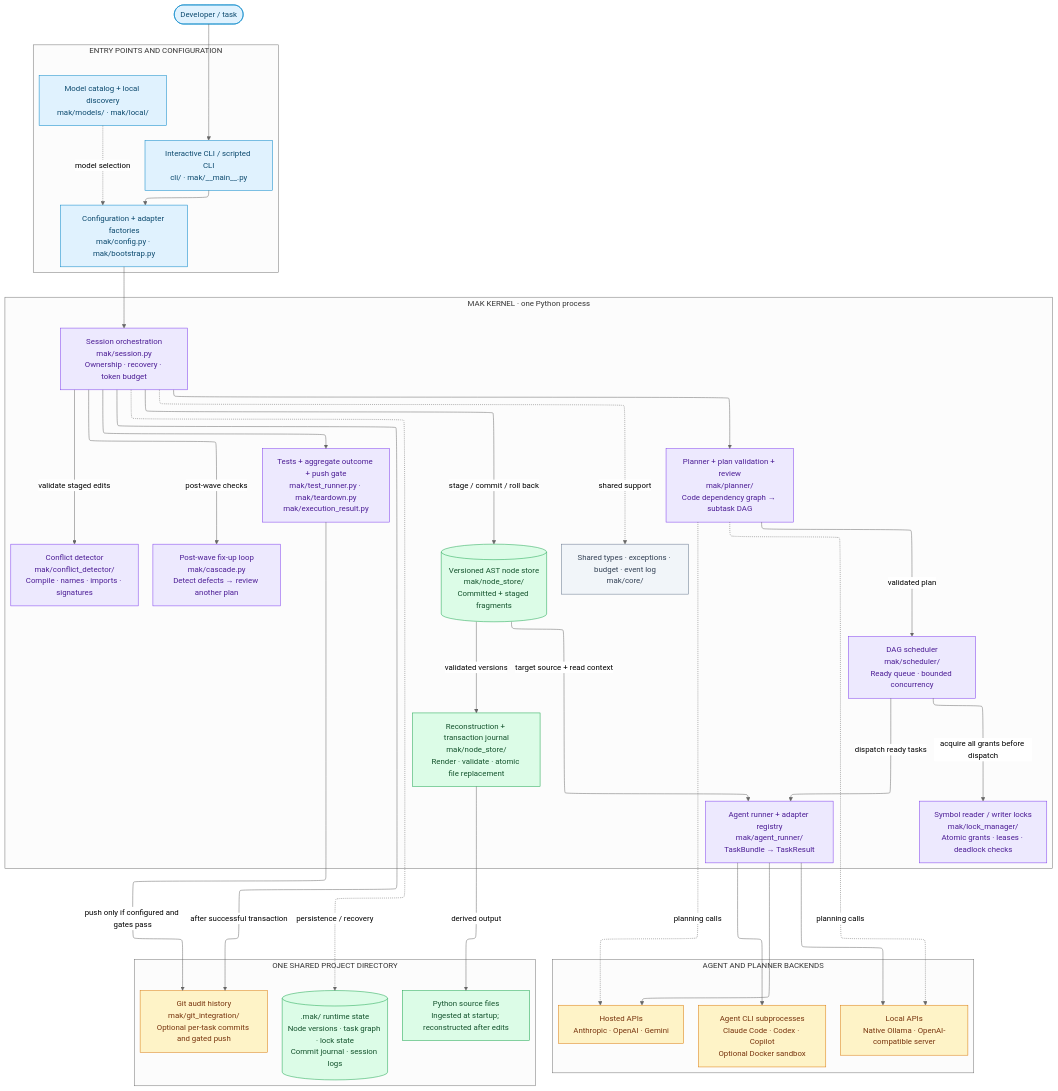
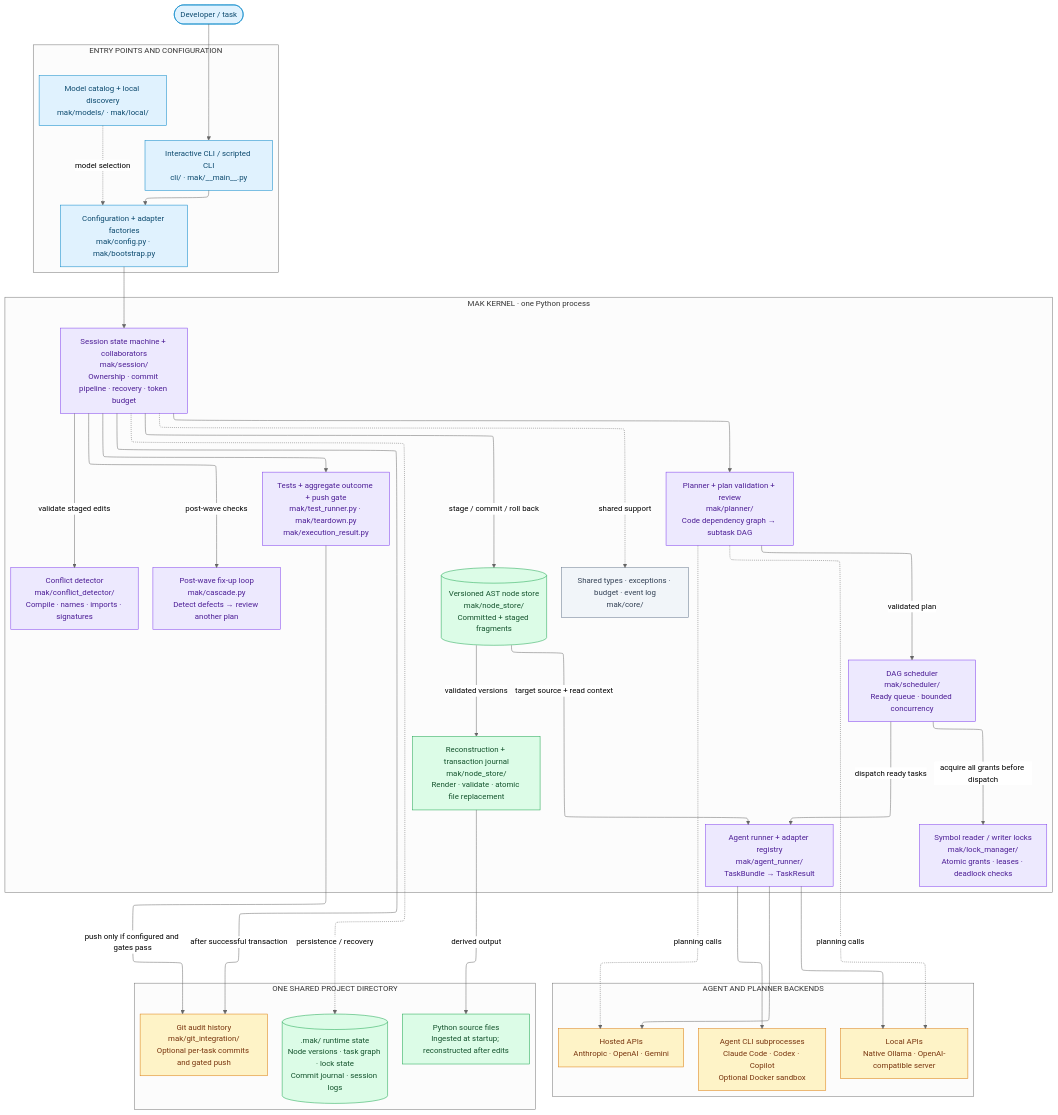
Before and after one commit to chaseungjoon/multi-agent-kernel: the diagram in diagram/architecture.mmd, drawn with Mermaid (neutral theme). The commit also changed 154 other files, not shown here.

```diff
--- a/diagram/architecture.mmd
+++ b/diagram/architecture.mmd
@@ -1,74 +1,74 @@
 ---
 config:
   layout: elk
 ---
 %% Component architecture. Arrows show calls or data flow; dotted lines show support.
 flowchart TB
     user([Developer / task])
 
     subgraph entry["ENTRY POINTS AND CONFIGURATION"]
         direction LR
         cli["Interactive CLI / scripted CLI<br/>cli/ · mak/__main__.py"]
         setup["Configuration + adapter factories<br/>mak/config.py · mak/bootstrap.py"]
         models["Model catalog + local discovery<br/>mak/models/ · mak/local/"]
         cli --> setup
         models -. model selection .-> setup
     end
 
     subgraph kernel["MAK KERNEL · one Python process"]
-        session["Session orchestration<br/>mak/session.py<br/>Ownership · recovery · token budget"]
+        session["Session state machine + collaborators<br/>mak/session/<br/>Ownership · commit pipeline · recovery · token budget"]
         planner["Planner + plan validation + review<br/>mak/planner/<br/>Code dependency graph → subtask DAG"]
         scheduler["DAG scheduler<br/>mak/scheduler/<br/>Ready queue · bounded concurrency"]
         locks["Symbol reader / writer locks<br/>mak/lock_manager/<br/>Atomic grants · leases · deadlock checks"]
         runner["Agent runner + adapter registry<br/>mak/agent_runner/<br/>TaskBundle → TaskResult"]
         detector["Conflict detector<br/>mak/conflict_detector/<br/>Compile · names · imports · signatures"]
         store[("Versioned AST node store<br/>mak/node_store/<br/>Committed + staged fragments")]
         materialize["Reconstruction + transaction journal<br/>mak/node_store/<br/>Render · validate · atomic file replacement"]
         cascade["Post-wave fix-up loop<br/>mak/cascade.py<br/>Detect defects → review another plan"]
         teardown["Tests + aggregate outcome + push gate<br/>mak/test_runner.py · mak/teardown.py<br/>mak/execution_result.py"]
         core["Shared types · exceptions · budget · event log<br/>mak/core/"]
 
         session --> planner
         planner -->|validated plan| scheduler
         scheduler -->|acquire all grants before dispatch| locks
         scheduler -->|dispatch ready tasks| runner
         store -->|target source + read context| runner
         session -->|validate staged edits| detector
         session -->|stage / commit / roll back| store
         store -->|validated versions| materialize
         session --> teardown
         session -->|post-wave checks| cascade
         session -. shared support .-> core
     end
 
     subgraph backends["AGENT AND PLANNER BACKENDS"]
         api["Hosted APIs<br/>Anthropic · OpenAI · Gemini"]
         local["Local APIs<br/>Native Ollama · OpenAI-compatible server"]
         subprocess["Agent CLI subprocesses<br/>Claude Code · Codex · Copilot<br/>Optional Docker sandbox"]
     end
 
     subgraph project["ONE SHARED PROJECT DIRECTORY"]
         files["Python source files<br/>Ingested at startup; reconstructed after edits"]
         state[(".mak/ runtime state<br/>Node versions · task graph · lock state<br/>Commit journal · session logs")]
         git["Git audit history<br/>mak/git_integration/<br/>Optional per-task commits and gated push"]
     end
 
     user --> cli
     setup --> session
     runner --> api & local & subprocess
     planner -. planning calls .-> api & local
     materialize -->|derived output| files
     session -. persistence / recovery .-> state
     session -->|after successful transaction| git
     teardown -->|push only if configured and gates pass| git
 
     classDef entry_style fill:#e0f2fe,stroke:#0284c7,color:#0c4a6e
     classDef control fill:#ede9fe,stroke:#7c3aed,color:#4c1d95
     classDef data fill:#dcfce7,stroke:#16a34a,color:#14532d
     classDef external fill:#fef3c7,stroke:#d97706,color:#78350f
     classDef support fill:#f1f5f9,stroke:#64748b,color:#334155
     class user,cli,setup,models entry_style
     class session,planner,scheduler,locks,runner,detector,cascade,teardown control
     class store,materialize,files,state data
     class api,local,subprocess,git external
     class core support
```
